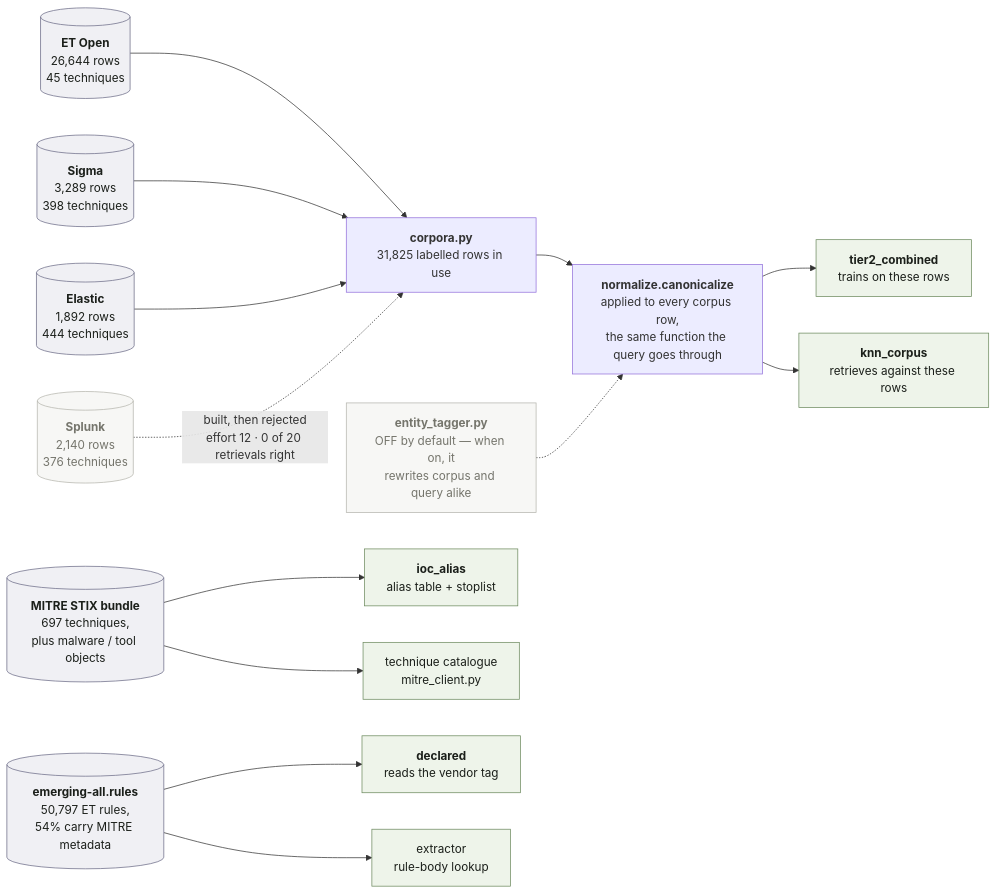
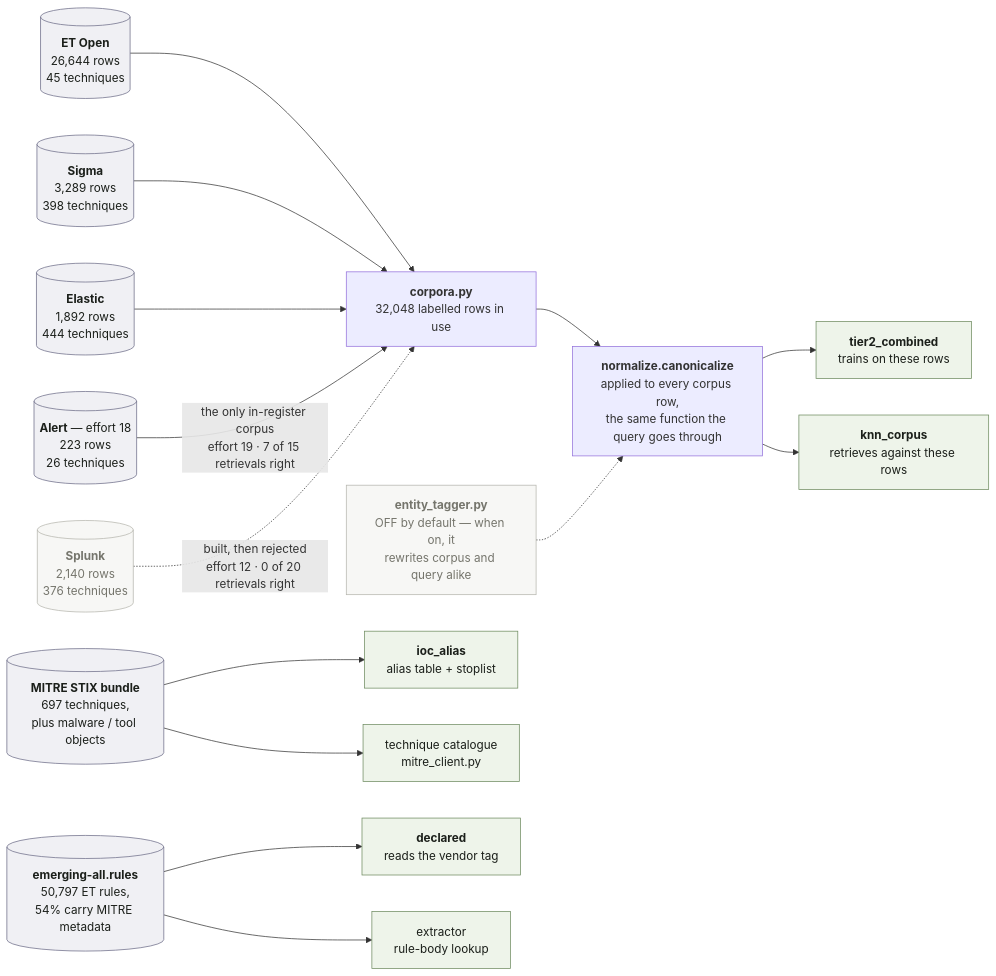
Before and after one commit to jamiegharrison24/SAGE: the second of 2 diagrams in experiments/mitre_mapping/REPORT.md, drawn with Mermaid. The commit also changed other lines of this file and 22 other files, not shown here.

````diff
--- a/experiments/mitre_mapping/REPORT.md
+++ b/experiments/mitre_mapping/REPORT.md
@@ -2255,34 +2509,36 @@
 ```mermaid
 flowchart LR
     ET[("<b>ET Open</b><br/>26,644 rows<br/>45 techniques")]
     SG[("<b>Sigma</b><br/>3,289 rows<br/>398 techniques")]
     EL[("<b>Elastic</b><br/>1,892 rows<br/>444 techniques")]
     SP[("<b>Splunk</b><br/>2,140 rows<br/>376 techniques")]
+    AL[("<b>Alert</b> — effort 18<br/>223 rows<br/>26 techniques")]
     ST[("<b>MITRE STIX bundle</b><br/>697 techniques,<br/>plus malware / tool objects")]
     RU[("<b>emerging-all.rules</b><br/>50,797 ET rules,<br/>54% carry MITRE metadata")]
 
-    CORP["<b>corpora.py</b><br/>31,825 labelled rows in use"]
+    CORP["<b>corpora.py</b><br/>32,048 labelled rows in use"]
 
     ET --> CORP
     SG --> CORP
     EL --> CORP
+    AL -->|"the only in-register corpus<br/>effort 19 · 7 of 15 retrievals right"| CORP
     SP -.->|"built, then rejected<br/>effort 12 · 0 of 20 retrievals right"| CORP
 
     CORP --> NORM["<b>normalize.canonicalize</b><br/>applied to every corpus row,<br/>the same function the query goes through"]
     TAG2["<b>entity_tagger.py</b><br/>OFF by default — when on, it<br/>rewrites corpus and query alike"]
     TAG2 -.-> NORM
 
     NORM --> CLF["<b>tier2_combined</b><br/>trains on these rows"]
     NORM --> KNN["<b>knn_corpus</b><br/>retrieves against these rows"]
     ST --> ALI["<b>ioc_alias</b><br/>alias table + stoplist"]
     ST --> CAT["technique catalogue<br/>mitre_client.py"]
     RU --> DEC["<b>declared</b><br/>reads the vendor tag"]
     RU --> EXB["extractor<br/>rule-body lookup"]
 
     classDef data fill:#f0f0f4,stroke:#6a6a86,color:#1b1f1a
     classDef res fill:#eef4ea,stroke:#6d8a5f,color:#1b1f1a
     classDef off fill:#f7f7f5,stroke:#b5b5ad,color:#75756c
-    class ET,SG,EL,ST,RU data
+    class ET,SG,EL,AL,ST,RU data
     class SP,TAG2 off
     class CLF,KNN,ALI,CAT,DEC,EXB res
 ```
````
